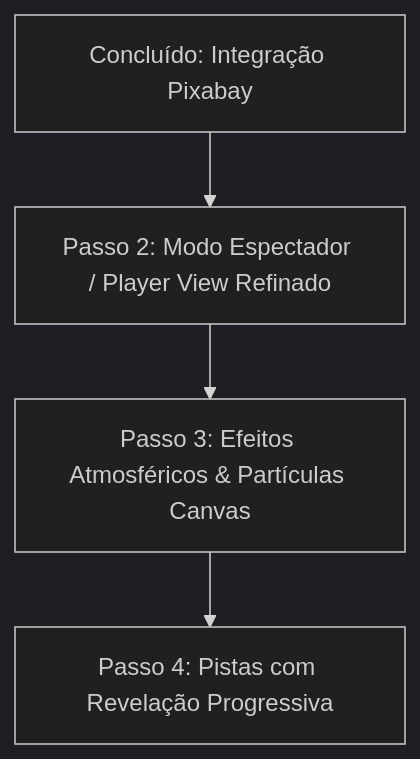
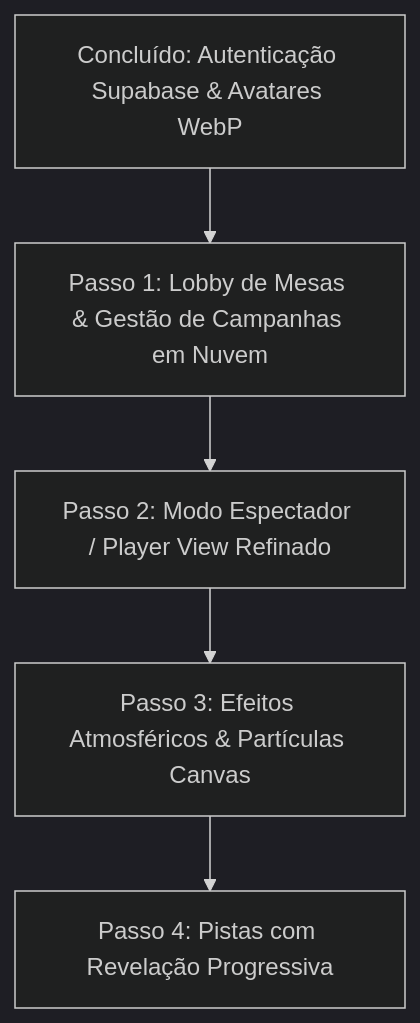
One commit to Raah-Lopes/dozero changed the diagram in handoff.md. Above: the diagram before and after it, drawn with Mermaid (dark theme). The commit also changed other lines of this file and 13 other files, not shown here.

Commit message:
feat(auth): integrate Supabase Auth (OAuth Google/Discord/FB, Email/Pass, WebP avatar upload, Profile modal, Password Reset)

````diff
--- a/handoff.md
+++ b/handoff.md
@@ -176,6 +196,7 @@
 ```mermaid
 graph TD
-    A[Concluído: Integração Pixabay] --> B[Passo 2: Modo Espectador / Player View Refinado]
-    B --> C[Passo 3: Efeitos Atmosféricos & Partículas Canvas]
-    C --> D[Passo 4: Pistas com Revelação Progressiva]
+    A[Concluído: Autenticação Supabase & Avatares WebP] --> B[Passo 1: Lobby de Mesas & Gestão de Campanhas em Nuvem]
+    B --> C[Passo 2: Modo Espectador / Player View Refinado]
+    C --> D[Passo 3: Efeitos Atmosféricos & Partículas Canvas]
+    D --> E[Passo 4: Pistas com Revelação Progressiva]
 ```
````
